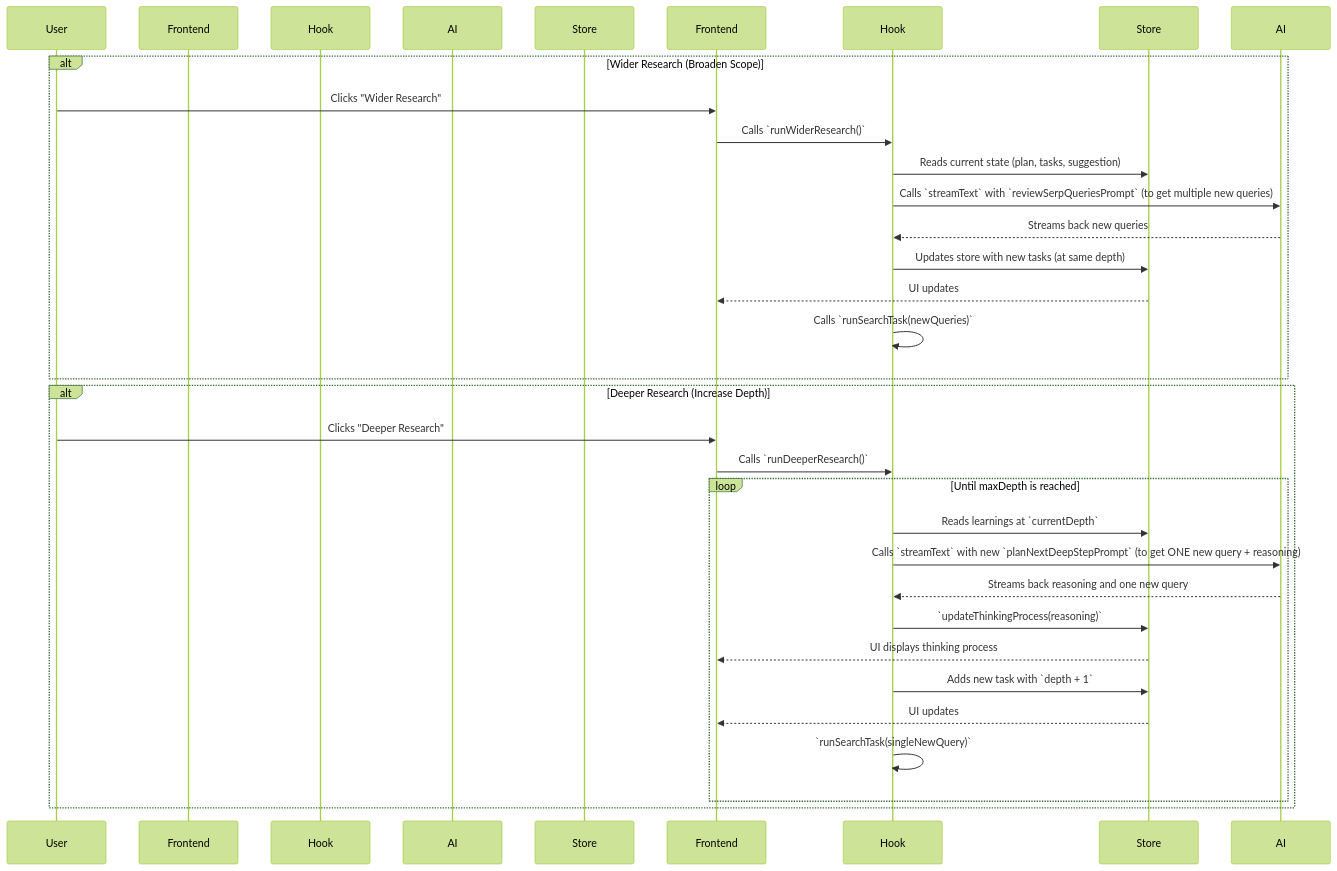
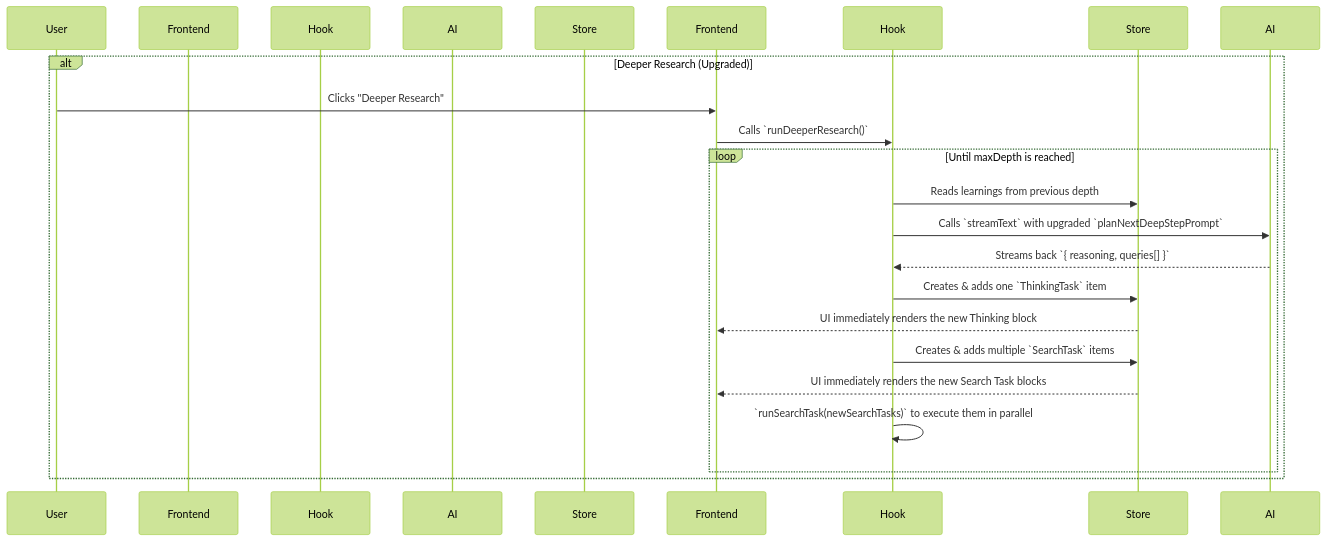
Before and after one commit to tyqqj0/deep-research: the diagram in docs/FURTHER_RESEARCH_WORKFLOW.md, drawn with Mermaid (forest theme). The commit also changed other lines of this file and 5 other files, not shown here.

````diff
--- a/docs/FURTHER_RESEARCH_WORKFLOW.md
+++ b/docs/FURTHER_RESEARCH_WORKFLOW.md
@@ -43,34 +25,26 @@
 ```mermaid
 sequenceDiagram
     participant User
     participant SearchResult.tsx as Frontend
     participant useDeepResearch.ts as Hook
     participant AI_Service as AI
     participant taskStore as Store
 
-    alt Wider Research (Broaden Scope)
-        User->>Frontend: Clicks "Wider Research"
-        Frontend->>Hook: Calls `runWiderResearch()`
-        Hook->>Store: Reads current state (plan, tasks, suggestion)
-        Hook->>AI: Calls `streamText` with `reviewSerpQueriesPrompt` (to get multiple new queries)
-        AI-->>Hook: Streams back new queries
-        Hook->>Store: Updates store with new tasks (at same depth)
-        Store-->>Frontend: UI updates
-        Hook->>Hook: Calls `runSearchTask(newQueries)`
-    end
-
-    alt Deeper Research (Increase Depth)
+    alt Deeper Research (Upgraded)
         User->>Frontend: Clicks "Deeper Research"
         Frontend->>Hook: Calls `runDeeperResearch()`
         loop Until maxDepth is reached
-            Hook->>Store: Reads learnings at `currentDepth`
-            Hook->>AI: Calls `streamText` with new `planNextDeepStepPrompt` (to get ONE new query + reasoning)
-            AI-->>Hook: Streams back reasoning and one new query
-            Hook->>Store: `updateThinkingProcess(reasoning)`
-            Store-->>Frontend: UI displays thinking process
-            Hook->>Store: Adds new task with `depth + 1`
-            Store-->>Frontend: UI updates
-            Hook->>Hook: `runSearchTask(singleNewQuery)`
+            Hook->>Store: Reads learnings from previous depth
+            Hook->>AI: Calls `streamText` with upgraded `planNextDeepStepPrompt`
+            AI-->>Hook: Streams back `{ reasoning, queries[] }`
+            
+            Hook->>Store: Creates & adds one `ThinkingTask` item
+            Store-->>Frontend: UI immediately renders the new Thinking block
+            
+            Hook->>Store: Creates & adds multiple `SearchTask` items
+            Store-->>Frontend: UI immediately renders the new Search Task blocks
+            
+            Hook->>Hook: `runSearchTask(newSearchTasks)` to execute them in parallel
         end
     end
 ```
````
